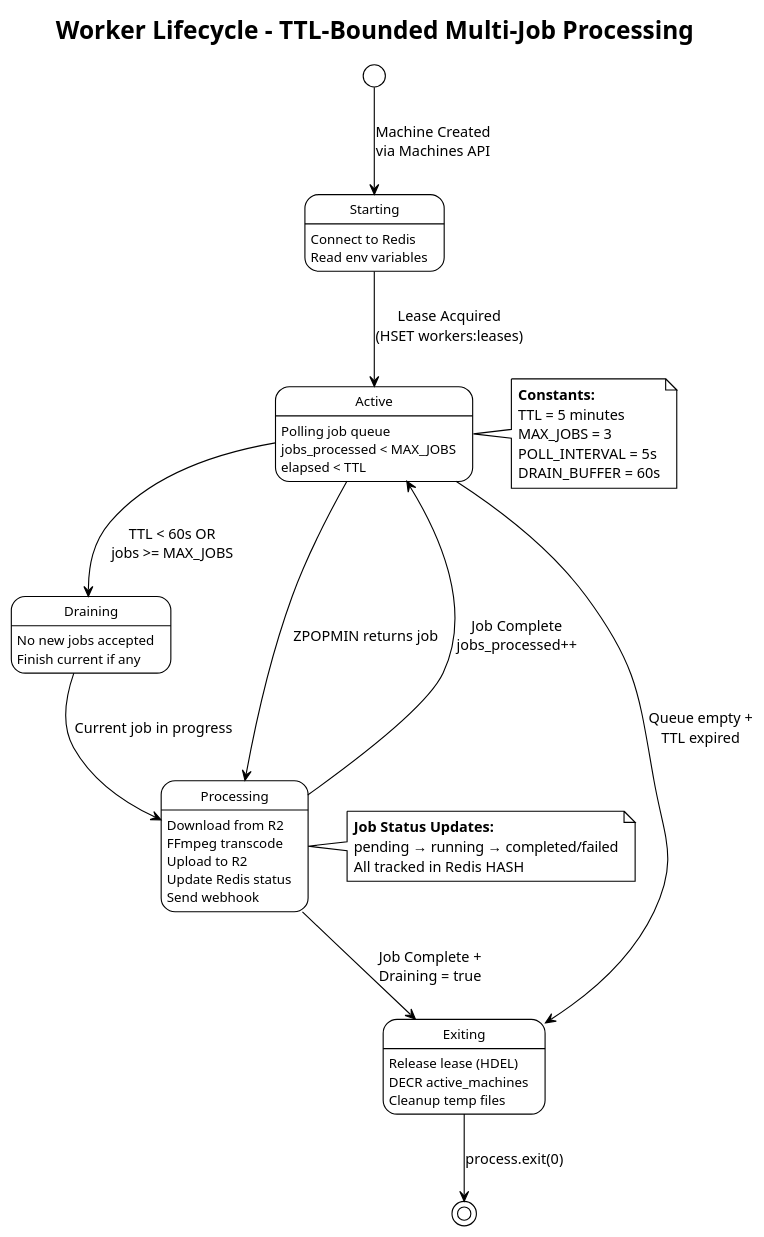
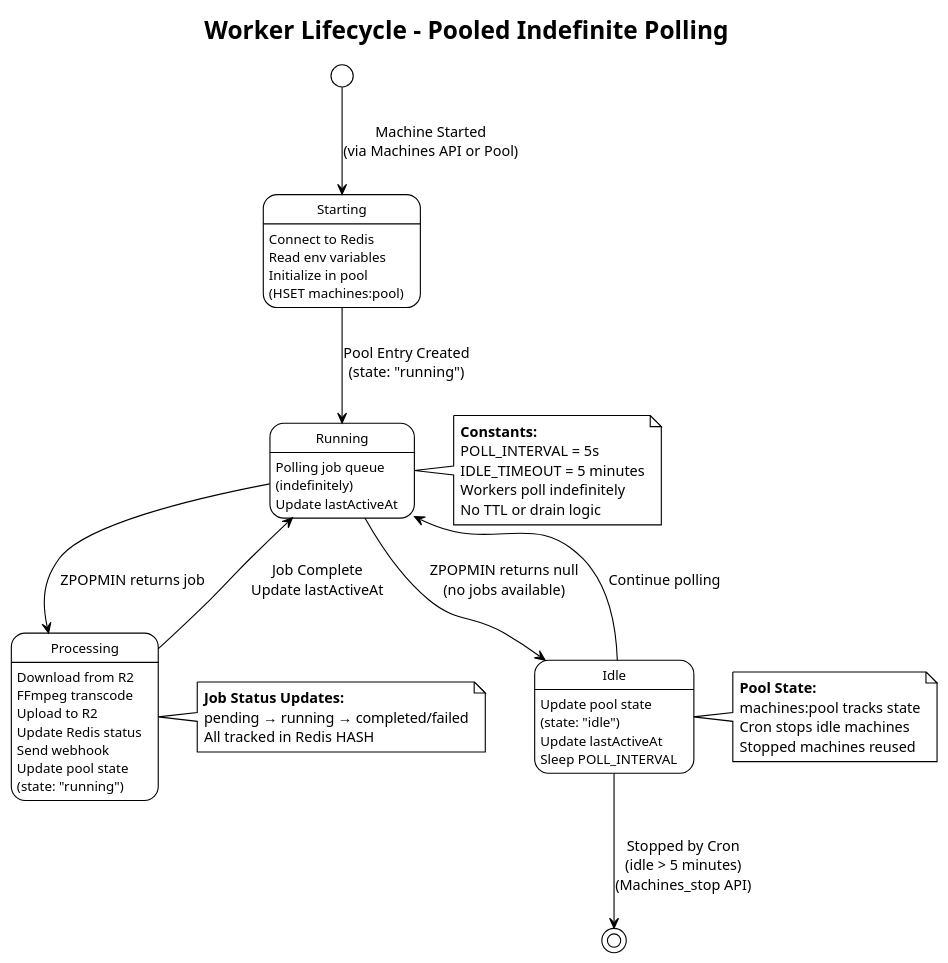
Before and after one commit to v0id-user/tcoder: the diagram in design/architecture/RWOS/Worker Lifecycle.plantuml, drawn with PlantUML. The commit also changed 13 other files, not shown here.

Commit message:
refactor: transition to pooled machine management for Fly API, update Redis schema for machine state tracking, and enhance local development documentation for environment setup

```diff
--- a/design/architecture/RWOS/Worker Lifecycle.plantuml
+++ b/design/architecture/RWOS/Worker Lifecycle.plantuml
@@ -1,69 +1,68 @@
 @startuml RWOS Worker Lifecycle
 !theme plain
 skinparam stateFontSize 12
 
-title Worker Lifecycle - TTL-Bounded Multi-Job Processing
+title Worker Lifecycle - Pooled Indefinite Polling
 
-[*] --> Starting : Machine Created\nvia Machines API
+[*] --> Starting : Machine Started\n(via Machines API or Pool)
 
 state Starting {
     Starting : Connect to Redis
     Starting : Read env variables
+    Starting : Initialize in pool\n(HSET machines:pool)
 }
 
-Starting --> Active : Lease Acquired\n(HSET workers:leases)
+Starting --> Running : Pool Entry Created\n(state: "running")
 
-state Active {
-    Active : Polling job queue
-    Active : jobs_processed < MAX_JOBS
-    Active : elapsed < TTL
+state Running {
+    Running : Polling job queue\n(indefinitely)
+    Running : Update lastActiveAt
 }
 
-Active --> Processing : ZPOPMIN returns job
+Running --> Processing : ZPOPMIN returns job
 
 state Processing {
     Processing : Download from R2
     Processing : FFmpeg transcode
     Processing : Upload to R2
     Processing : Update Redis status
     Processing : Send webhook
+    Processing : Update pool state\n(state: "running")
 }
 
-Processing --> Active : Job Complete\njobs_processed++
+Processing --> Running : Job Complete\nUpdate lastActiveAt
 
-Active --> Draining : TTL < 60s OR\njobs >= MAX_JOBS
+Running --> Idle : ZPOPMIN returns null\n(no jobs available)
 
-state Draining {
-    Draining : No new jobs accepted
-    Draining : Finish current if any
+state Idle {
+    Idle : Update pool state\n(state: "idle")
+    Idle : Update lastActiveAt
+    Idle : Sleep POLL_INTERVAL
 }
 
-Draining --> Processing : Current job in progress
+Idle --> Running : Continue polling
 
-Processing --> Exiting : Job Complete +\nDraining = true
+Idle --> [*] : Stopped by Cron\n(idle > 5 minutes)\n(Machines_stop API)
 
-Active --> Exiting : Queue empty +\nTTL expired
-
-state Exiting {
-    Exiting : Release lease (HDEL)
-    Exiting : DECR active_machines
-    Exiting : Cleanup temp files
-}
-
-Exiting --> [*] : process.exit(0)
-
-note right of Active
+note right of Running
   **Constants:**
-  TTL = 5 minutes
-  MAX_JOBS = 3
   POLL_INTERVAL = 5s
-  DRAIN_BUFFER = 60s
+  IDLE_TIMEOUT = 5 minutes
+  Workers poll indefinitely
+  No TTL or drain logic
 end note
 
 note right of Processing
   **Job Status Updates:**
   pending → running → completed/failed
   All tracked in Redis HASH
 end note
 
+note right of Idle
+  **Pool State:**
+  machines:pool tracks state
+  Cron stops idle machines
+  Stopped machines reused
+end note
+
 @enduml
```
